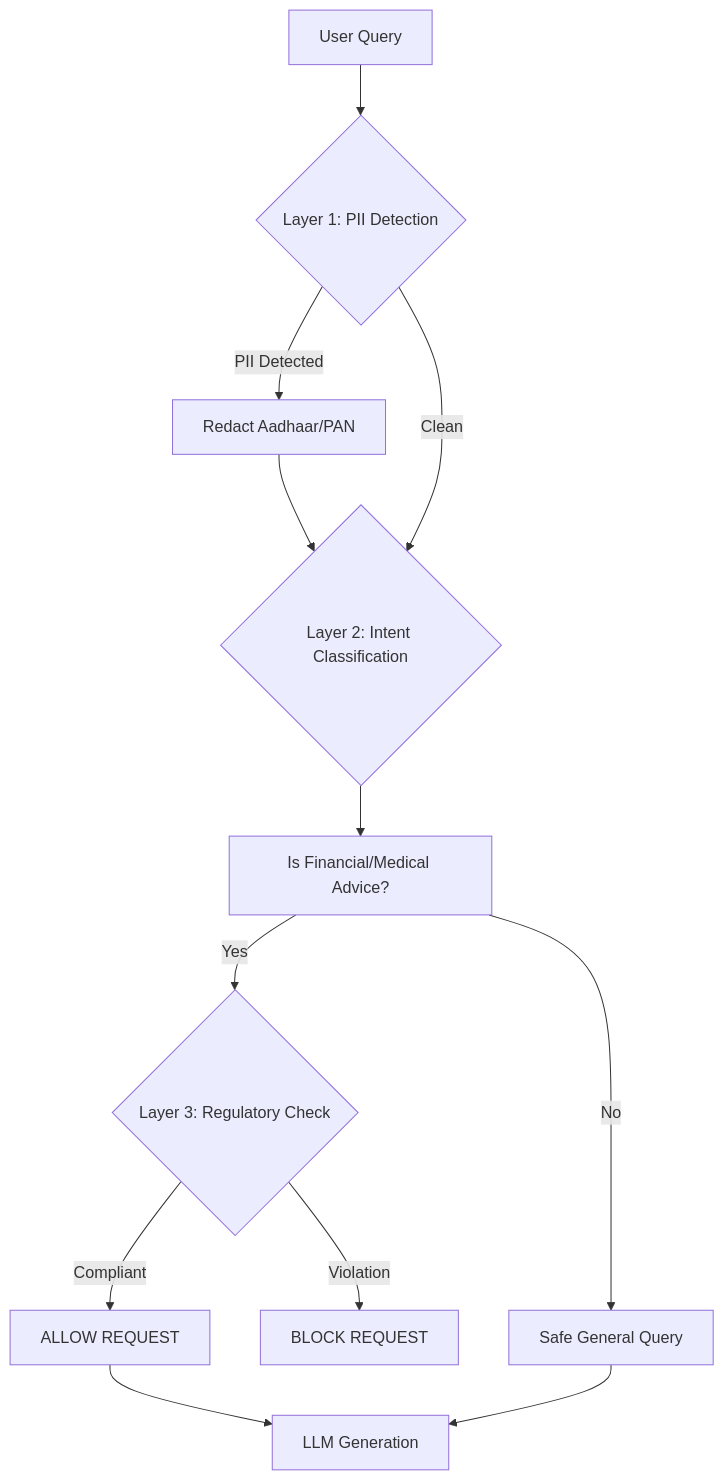
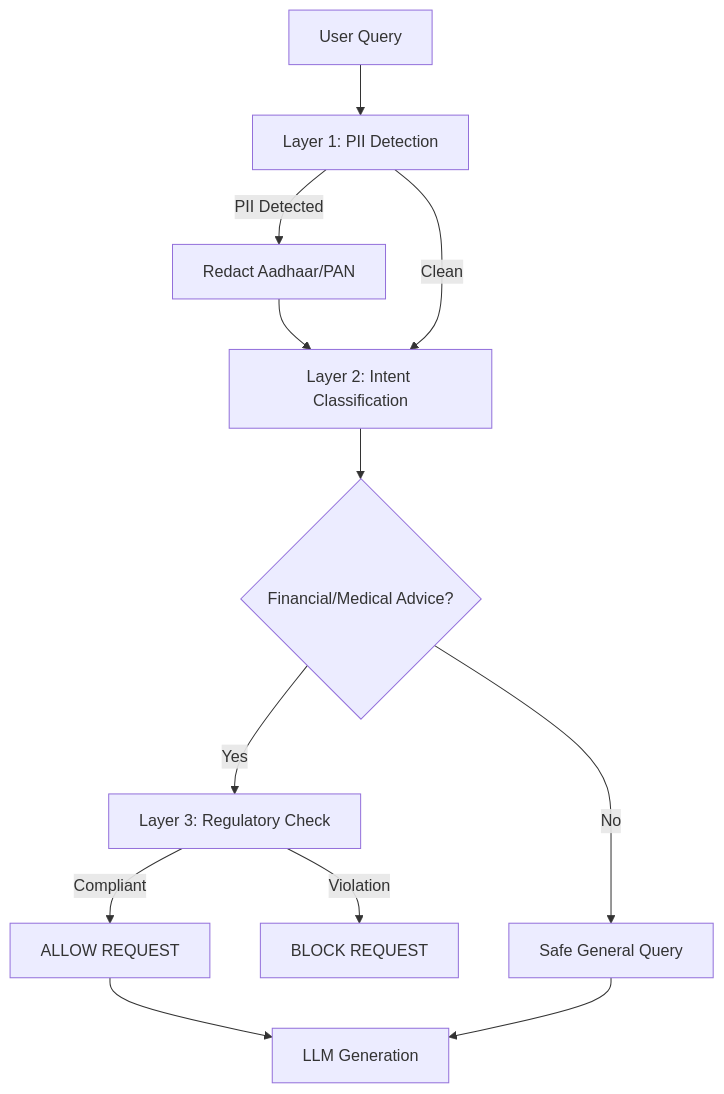
The diagram in REQUIREMENTS.md (Alkur123/india-ai-safety-and-governance-engine), drawn with Mermaid before and after one commit. The commit also changed other lines of this file, not shown here.

````diff
--- a/REQUIREMENTS.md
+++ b/REQUIREMENTS.md
@@ -45,14 +38,14 @@
 ```mermaid
 graph TD
-    A[User Query] --> B{Layer 1: PII Detection}
-    B -- PII Detected --> C[Redact Aadhaar/PAN]
-    C --> D{Layer 2: Intent Classification}
-    B -- Clean --> D
-    D --> E[Is Financial/Medical Advice?]
-    E -- Yes --> F{Layer 3: Regulatory Check}
-    E -- No --> G[Safe General Query]
-    F -- Violation --> H[BLOCK REQUEST]
-    F -- Compliant --> I[ALLOW REQUEST]
+    A[User Query] --> B[Layer 1: PII Detection]
+    B -->|PII Detected| C[Redact Aadhaar/PAN]
+    C --> D[Layer 2: Intent Classification]
+    B -->|Clean| D
+    D --> E{Financial/Medical Advice?}
+    E -->|Yes| F[Layer 3: Regulatory Check]
+    E -->|No| G[Safe General Query]
+    F -->|Violation| H[BLOCK REQUEST]
+    F -->|Compliant| I[ALLOW REQUEST]
     I --> J[LLM Generation]
     G --> J
 ```
````
